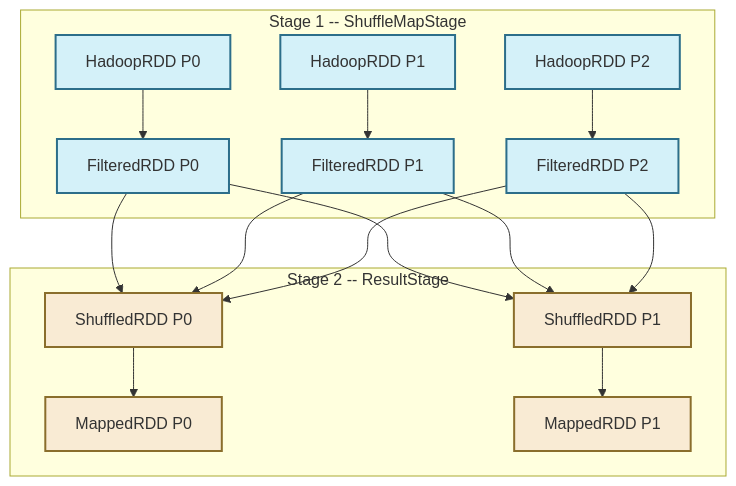
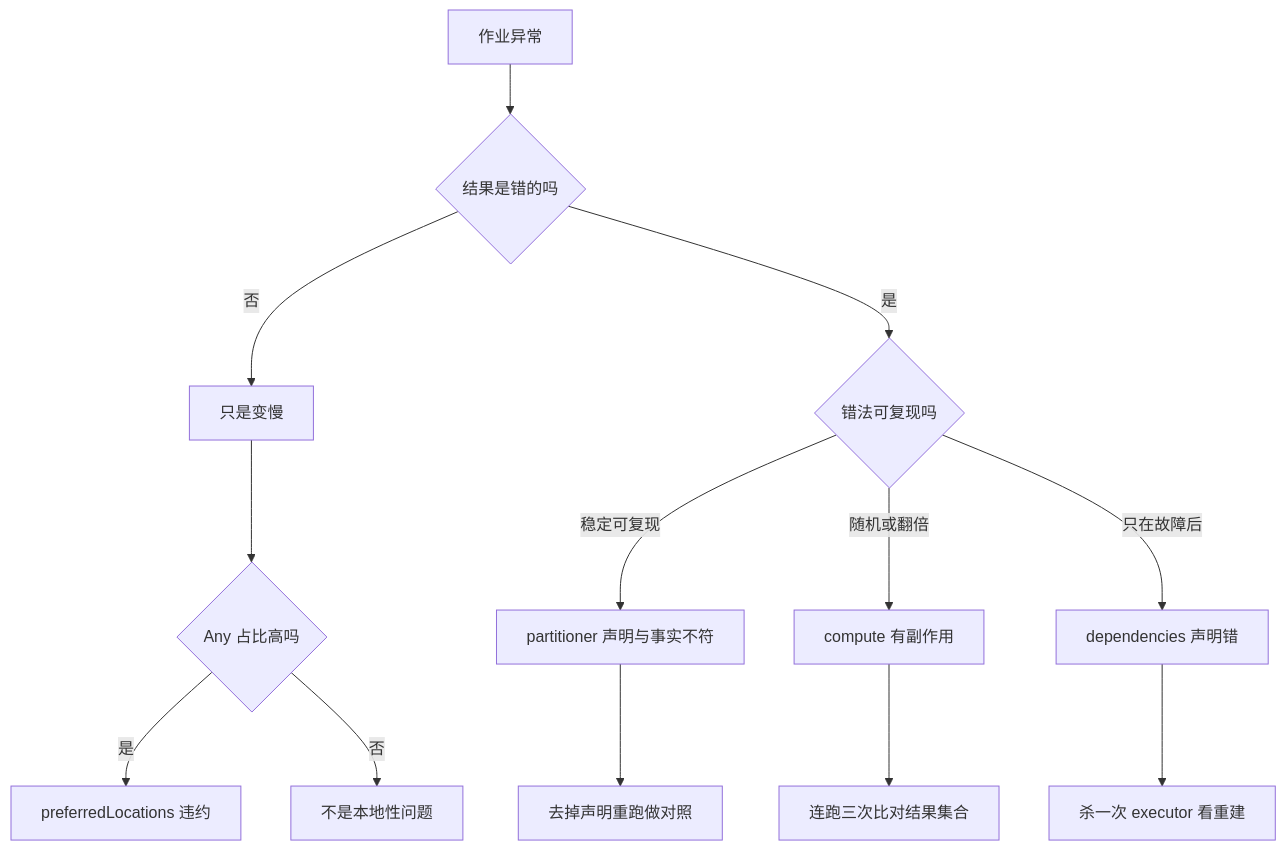
Before and after one commit to hpliStartAgain/my-brain: the fifth of 5 diagrams in content/大数据/Spark/Spark-RDD核心原理解析/02 RDD 的五大核心属性：深入剖析分布式对象的灵魂接口.md, drawn with Mermaid. The commit also changed other lines of this file and 455 other files, not shown here.

````diff
--- a/content/大数据/Spark/Spark-RDD核心原理解析/02 RDD 的五大核心属性：深入剖析分布式对象的灵魂接口.md
+++ b/content/大数据/Spark/Spark-RDD核心原理解析/02 RDD 的五大核心属性：深入剖析分布式对象的灵魂接口.md
@@ -239,26 +425,16 @@
 ```mermaid
-graph TD
-    subgraph "Stage 1 -- ShuffleMapStage"
-    A1["HadoopRDD P0"] --> B1["FilteredRDD P0"]
-    A2["HadoopRDD P1"] --> B2["FilteredRDD P1"]
-    A3["HadoopRDD P2"] --> B3["FilteredRDD P2"]
-    end
-
-    B1 --> C1["ShuffledRDD P0"]
-    B1 --> C2["ShuffledRDD P1"]
-    B2 --> C1
-    B2 --> C2
-    B3 --> C1
-    B3 --> C2
-
-    subgraph "Stage 2 -- ResultStage"
-    C1 --> D1["MappedRDD P0"]
-    C2 --> D2["MappedRDD P1"]
-    end
-
-    classDef stage1 fill:#d4f1f9,stroke:#2c6e8a,stroke-width:2px;
-    classDef stage2 fill:#f9ebd4,stroke:#8a6e2c,stroke-width:2px;
-    classDef shuffle fill:#f9d4d4,stroke:#cc3333,stroke-width:2px;
-    class A1,A2,A3,B1,B2,B3 stage1;
-    class C1,C2,D1,D2 stage2;
+%%{init: {'theme': 'dracula'}}%%
+flowchart TD
+    A["作业异常"] --> Q1{"结果是错的吗"}
+    Q1 -- "否" --> Q2["只是变慢"]
+    Q2 --> L1{"Any 占比高吗"}
+    L1 -- "是" --> L2["preferredLocations 违约"]
+    L1 -- "否" --> L3["不是本地性问题"]
+    Q1 -- "是" --> Q3{"错法可复现吗"}
+    Q3 -- "稳定可复现" --> P1["partitioner 声明与事实不符"]
+    Q3 -- "随机或翻倍" --> P2["compute 有副作用"]
+    Q3 -- "只在故障后" --> P3["dependencies 声明错"]
+    P1 --> V1["去掉声明重跑做对照"]
+    P2 --> V2["连跑三次比对结果集合"]
+    P3 --> V3["杀一次 executor 看重建"]
 ```
````
